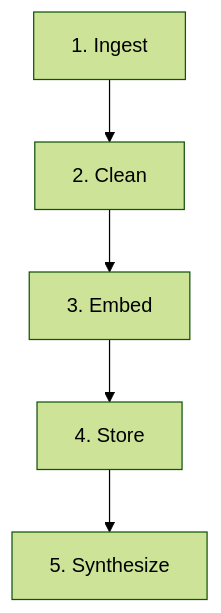
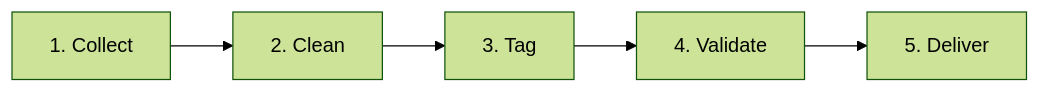
Before and after one commit to Rohit9252/discovery-engine: the diagram in README.md, drawn with Mermaid (forest theme). The commit also changed other lines of this file, not shown here.

````diff
--- a/README.md
+++ b/README.md
@@ -15,7 +40,7 @@
 ```mermaid
-graph TD
-    A[1. Ingest] --> B[2. Clean]
-    B --> C[3. Embed]
-    C --> D[4. Store]
-    D --> E[5. Synthesize]
+graph LR
+    A[1. Collect] --> B[2. Clean]
+    B --> C[3. Tag]
+    C --> D[4. Validate]
+    D --> E[5. Deliver]
 ```
````
